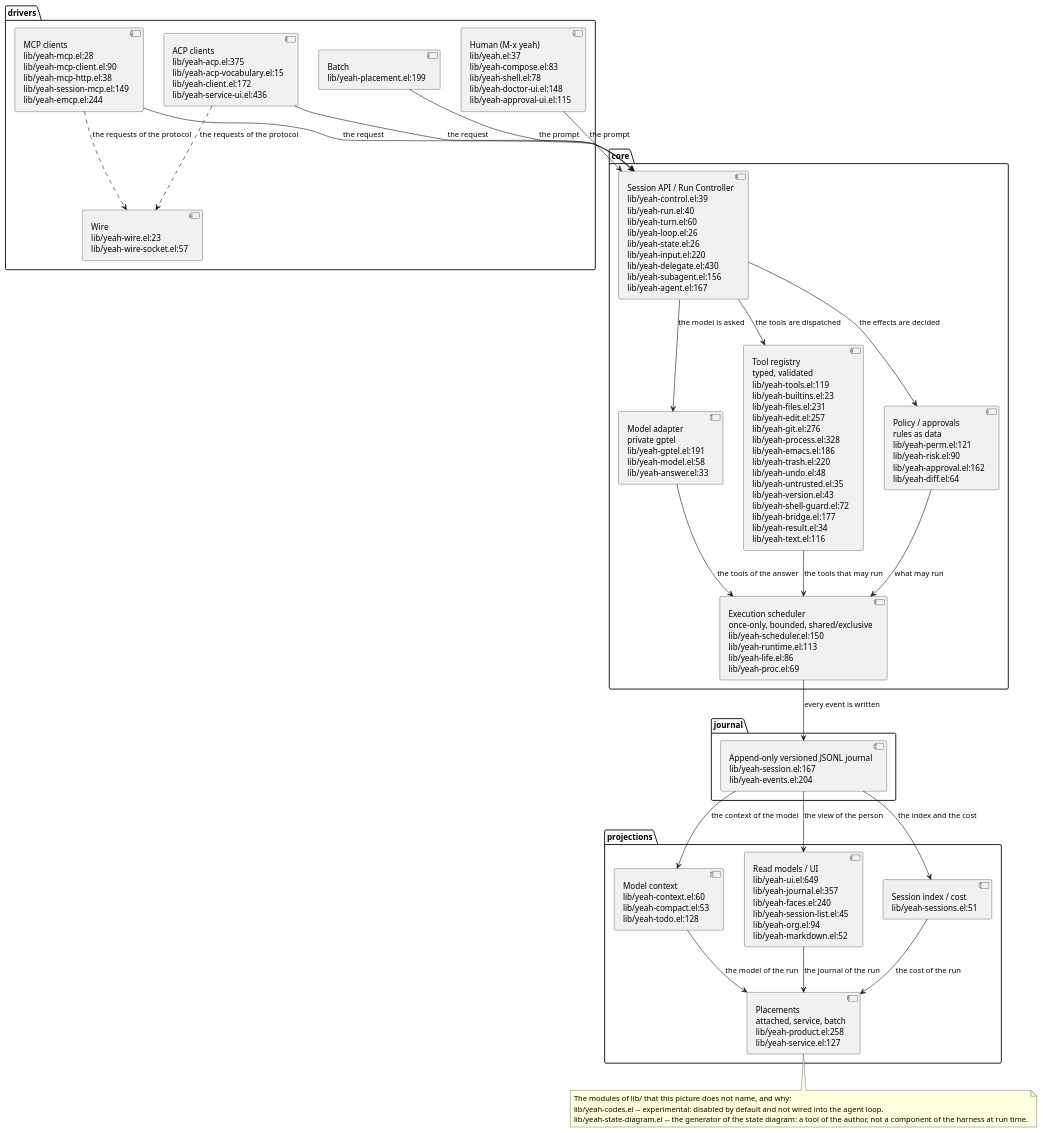
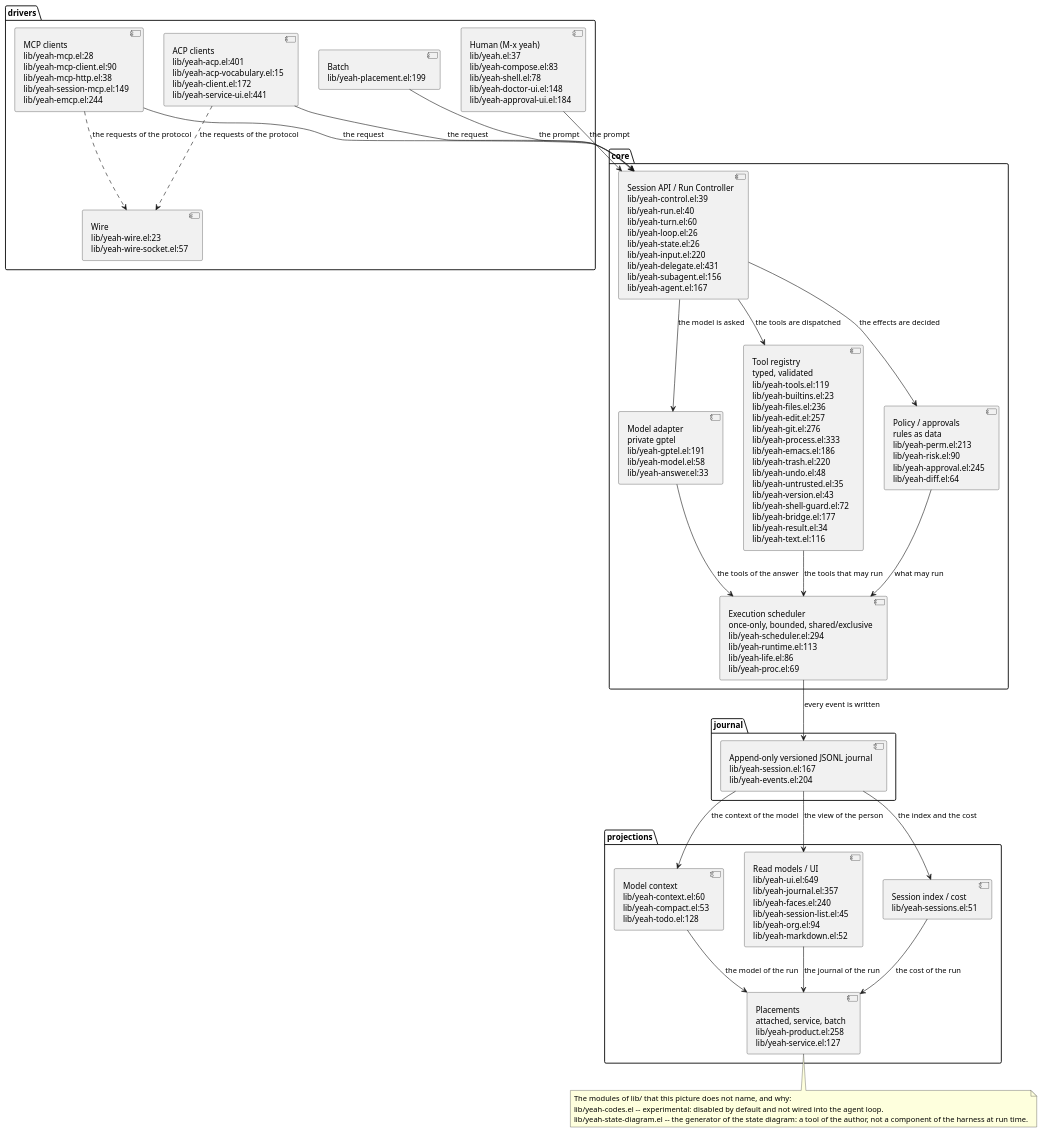
One commit to 11111000000/yeah changed the diagram in site/diagrams/core-layers.puml. Above: the diagram before and after it, drawn with PlantUML.

Commit message:
fix(diagram): the picture names the code where it is now

```diff
--- a/site/diagrams/core-layers.puml
+++ b/site/diagrams/core-layers.puml
@@ -1,69 +1,69 @@
 @startuml core-layers
 ' The layers of the core of Yeah.
 '
 ' The same picture as the ASCII figure of the site and as the component
 ' architecture of `docs/ARCHITECTURE.md' §5, in the notation of components:
 ' the drivers submit to the run controller, the controller drives the model
 ' adapter, the tool registry and the policy, the scheduler runs what may
 ' run, everything that happened is written into one journal, and the
 ' projections read the journal.
 '
 ' Every block names the files that implement it, as `file:line'.  The
 ' modules of `lib/' that this picture does not name are listed in the note
 ' at the end of this file, with the reason why they are not there.
 
 package "drivers" as drivers {
-  component "Human (M-x yeah)\nlib/yeah.el:37\nlib/yeah-compose.el:83\nlib/yeah-shell.el:78\nlib/yeah-doctor-ui.el:148\nlib/yeah-approval-ui.el:115" as human
-  component "ACP clients\nlib/yeah-acp.el:375\nlib/yeah-acp-vocabulary.el:15\nlib/yeah-client.el:172\nlib/yeah-service-ui.el:436" as acp
+  component "Human (M-x yeah)\nlib/yeah.el:37\nlib/yeah-compose.el:83\nlib/yeah-shell.el:78\nlib/yeah-doctor-ui.el:148\nlib/yeah-approval-ui.el:184" as human
+  component "ACP clients\nlib/yeah-acp.el:401\nlib/yeah-acp-vocabulary.el:15\nlib/yeah-client.el:172\nlib/yeah-service-ui.el:441" as acp
   component "MCP clients\nlib/yeah-mcp.el:28\nlib/yeah-mcp-client.el:90\nlib/yeah-mcp-http.el:38\nlib/yeah-session-mcp.el:149\nlib/yeah-emcp.el:244" as mcp
   component "Batch\nlib/yeah-placement.el:199" as batch
   component "Wire\nlib/yeah-wire.el:23\nlib/yeah-wire-socket.el:57" as wire
 }
 
 package "core" as core {
-  component "Session API / Run Controller\nlib/yeah-control.el:39\nlib/yeah-run.el:40\nlib/yeah-turn.el:60\nlib/yeah-loop.el:26\nlib/yeah-state.el:26\nlib/yeah-input.el:220\nlib/yeah-delegate.el:430\nlib/yeah-subagent.el:156\nlib/yeah-agent.el:167" as controller
+  component "Session API / Run Controller\nlib/yeah-control.el:39\nlib/yeah-run.el:40\nlib/yeah-turn.el:60\nlib/yeah-loop.el:26\nlib/yeah-state.el:26\nlib/yeah-input.el:220\nlib/yeah-delegate.el:431\nlib/yeah-subagent.el:156\nlib/yeah-agent.el:167" as controller
   component "Model adapter\nprivate gptel\nlib/yeah-gptel.el:191\nlib/yeah-model.el:58\nlib/yeah-answer.el:33" as model_adapter
-  component "Tool registry\ntyped, validated\nlib/yeah-tools.el:119\nlib/yeah-builtins.el:23\nlib/yeah-files.el:231\nlib/yeah-edit.el:257\nlib/yeah-git.el:276\nlib/yeah-process.el:328\nlib/yeah-emacs.el:186\nlib/yeah-trash.el:220\nlib/yeah-undo.el:48\nlib/yeah-untrusted.el:35\nlib/yeah-version.el:43\nlib/yeah-shell-guard.el:72\nlib/yeah-bridge.el:177\nlib/yeah-result.el:34\nlib/yeah-text.el:116" as registry
-  component "Policy / approvals\nrules as data\nlib/yeah-perm.el:121\nlib/yeah-risk.el:90\nlib/yeah-approval.el:162\nlib/yeah-diff.el:64" as policy
-  component "Execution scheduler\nonce-only, bounded, shared/exclusive\nlib/yeah-scheduler.el:150\nlib/yeah-runtime.el:113\nlib/yeah-life.el:86\nlib/yeah-proc.el:69" as scheduler
+  component "Tool registry\ntyped, validated\nlib/yeah-tools.el:119\nlib/yeah-builtins.el:23\nlib/yeah-files.el:236\nlib/yeah-edit.el:257\nlib/yeah-git.el:276\nlib/yeah-process.el:333\nlib/yeah-emacs.el:186\nlib/yeah-trash.el:220\nlib/yeah-undo.el:48\nlib/yeah-untrusted.el:35\nlib/yeah-version.el:43\nlib/yeah-shell-guard.el:72\nlib/yeah-bridge.el:177\nlib/yeah-result.el:34\nlib/yeah-text.el:116" as registry
+  component "Policy / approvals\nrules as data\nlib/yeah-perm.el:213\nlib/yeah-risk.el:90\nlib/yeah-approval.el:245\nlib/yeah-diff.el:64" as policy
+  component "Execution scheduler\nonce-only, bounded, shared/exclusive\nlib/yeah-scheduler.el:294\nlib/yeah-runtime.el:113\nlib/yeah-life.el:86\nlib/yeah-proc.el:69" as scheduler
 }
 
 package "journal" as journal {
   component "Append-only versioned JSONL journal\nlib/yeah-session.el:167\nlib/yeah-events.el:204" as log
 }
 
 package "projections" as projections {
   component "Model context\nlib/yeah-context.el:60\nlib/yeah-compact.el:53\nlib/yeah-todo.el:128" as context
   component "Read models / UI\nlib/yeah-ui.el:649\nlib/yeah-journal.el:357\nlib/yeah-faces.el:240\nlib/yeah-session-list.el:45\nlib/yeah-org.el:94\nlib/yeah-markdown.el:52" as ui
   component "Session index / cost\nlib/yeah-sessions.el:51" as sessions
   component "Placements\nattached, service, batch\nlib/yeah-product.el:258\nlib/yeah-service.el:127" as placements
 }
 
 human --> controller : the prompt
 acp --> controller : the request
 mcp --> controller : the request
 batch --> controller : the prompt
 acp ..> wire : the requests of the protocol
 mcp ..> wire : the requests of the protocol
 
 controller --> model_adapter : the model is asked
 controller --> registry : the tools are dispatched
 controller --> policy : the effects are decided
 model_adapter --> scheduler : the tools of the answer
 registry --> scheduler : the tools that may run
 policy --> scheduler : what may run
 scheduler --> log : every event is written
 
 log --> context : the context of the model
 log --> ui : the view of the person
 log --> sessions : the index and the cost
 context --> placements : the model of the run
 ui --> placements : the journal of the run
 sessions --> placements : the cost of the run
 
 note bottom
   The modules of lib/ that this picture does not name, and why:
   lib/yeah-codes.el -- experimental: disabled by default and not wired into the agent loop.
   lib/yeah-state-diagram.el -- the generator of the state diagram: a tool of the author, not a component of the harness at run time.
 end note
 @enduml
```
